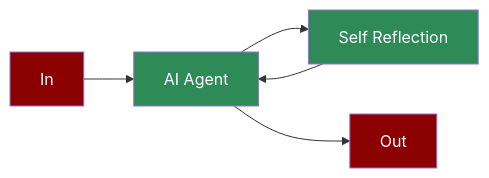
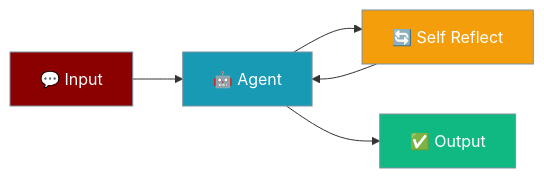
The diagram in docs/features/selfreflection.mdx (MervinPraison/PraisonAIDocs), drawn with Mermaid before and after one commit. The commit also changed other lines of this file and 4 other files, not shown here.

````diff
--- a/docs/features/selfreflection.mdx
+++ b/docs/features/selfreflection.mdx
@@ -8,12 +10,17 @@
 ```mermaid
-flowchart LR
-    In[In] --> Agent[AI Agent]
-    Agent --> Reflect[Self Reflection]
+graph LR
+    In["💬 Input"] --> Agent["🤖 Agent"]
+    Agent --> Reflect["🔄 Self Reflect"]
     Reflect --> Agent
-    Agent --> Out[Out]
-    
-    style In fill:#8B0000,color:#fff
-    style Agent fill:#2E8B57,color:#fff
-    style Reflect fill:#2E8B57,color:#fff
-    style Out fill:#8B0000,color:#fff
+    Agent --> Out["✅ Output"]
+
+    classDef input fill:#8B0000,stroke:#7C90A0,color:#fff
+    classDef agent fill:#189AB4,stroke:#7C90A0,color:#fff
+    classDef reflect fill:#F59E0B,stroke:#7C90A0,color:#fff
+    classDef output fill:#10B981,stroke:#7C90A0,color:#fff
+
+    class In input
+    class Agent agent
+    class Reflect reflect
+    class Out output
 ```
````
